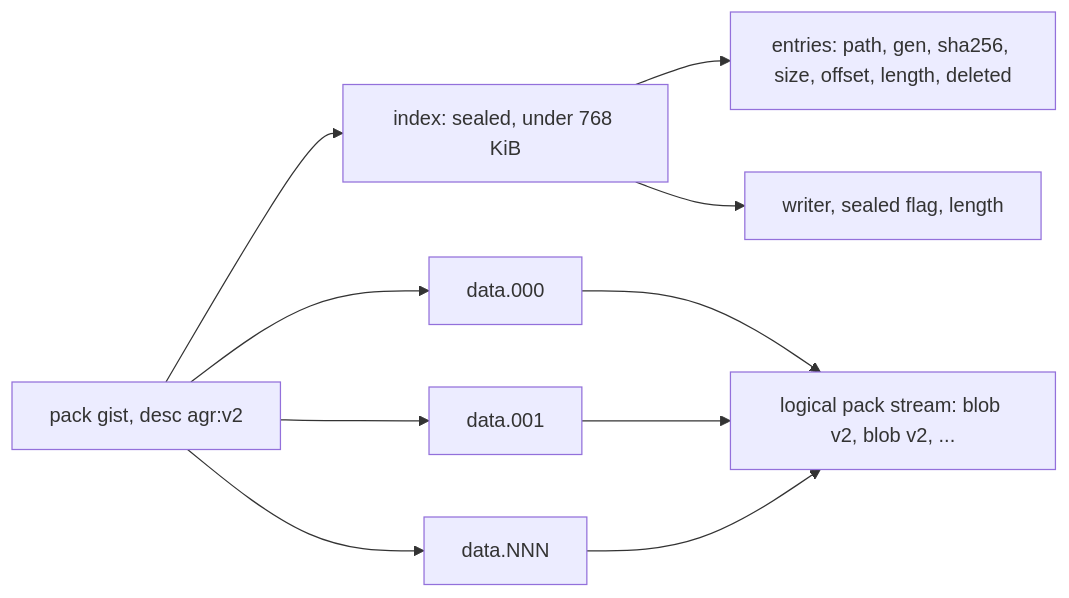
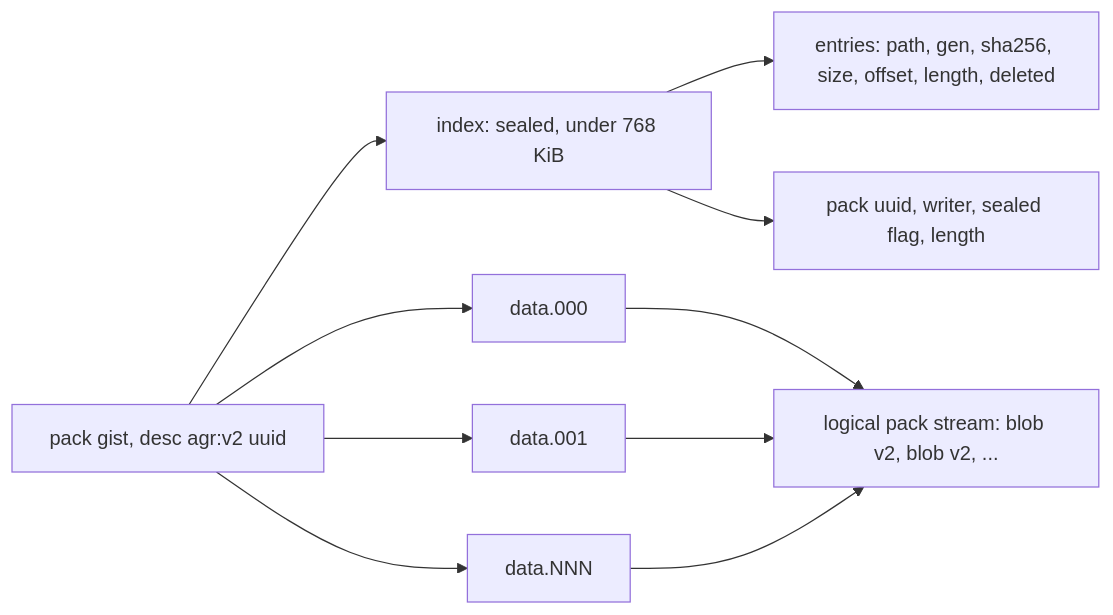
One commit to thiscantbeserious/agent-session-recorder changed the seventh of 11 diagrams in .state/feature-sync-gist/ADR.md. Above: the diagram before and after it, drawn with Mermaid. The commit also changed other lines of this file and 2 other files, not shown here.

First line of the commit message:
docs(docs): pack layer review fixes, index guard, tombstones, migrate first, prune safety, index cache

````diff
--- a/.state/feature-sync-gist/ADR.md
+++ b/.state/feature-sync-gist/ADR.md
@@ -1391,12 +1396,12 @@
 ```mermaid
 flowchart LR
-    gist[pack gist, desc agr:v2] --> idx[index: sealed, under 768 KiB]
+    gist[pack gist, desc agr:v2 uuid] --> idx[index: sealed, under 768 KiB]
     gist --> d0[data.000]
     gist --> d1[data.001]
     gist --> dn[data.NNN]
     d0 --> stream[logical pack stream: blob v2, blob v2, ...]
     d1 --> stream
     dn --> stream
     idx --> entries[entries: path, gen, sha256, size, offset, length, deleted]
-    idx --> meta[writer, sealed flag, length]
+    idx --> meta[pack uuid, writer, sealed flag, length]
 ```
````
